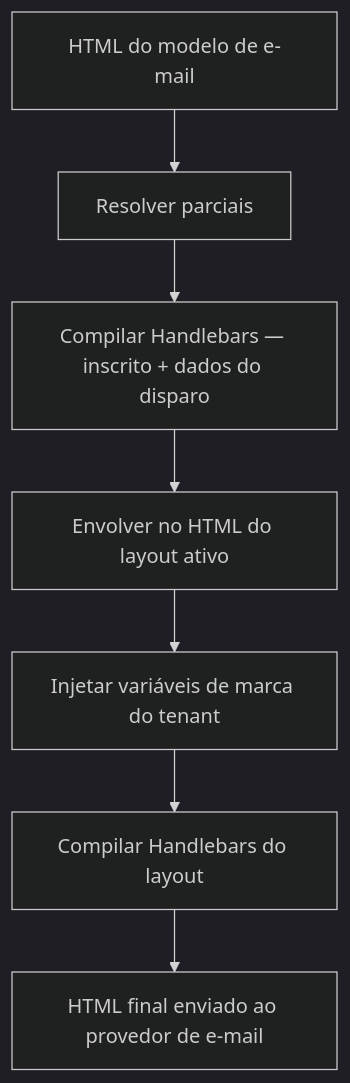
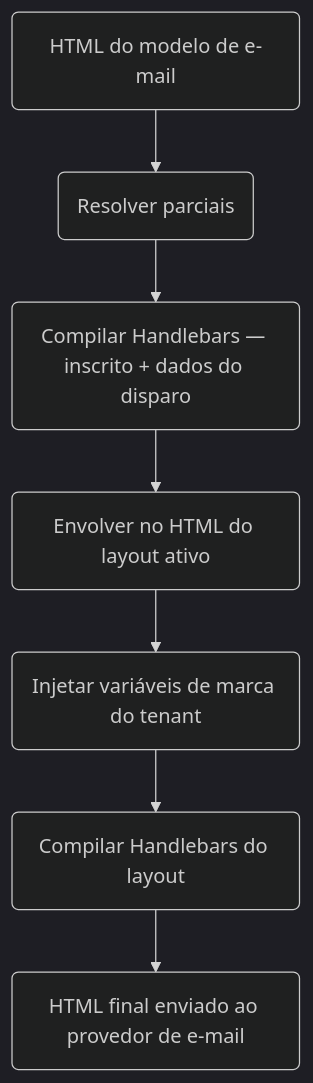
One commit to KriyanshKhunt/nexus_docs changed the diagram in content/docs/pt/platform/features/email-layouts.mdx. Above: the diagram before and after it, drawn with Mermaid (dark theme). The commit also changed 20 other files, not shown here.

Commit message:
Handle pt Mermaid charts

````diff
--- a/content/docs/pt/platform/features/email-layouts.mdx
+++ b/content/docs/pt/platform/features/email-layouts.mdx
@@ -79,9 +79,9 @@
 ```mermaid
 flowchart TD
-  T[HTML do modelo de e-mail] --> P[Resolver parciais]
-  P --> C[Compilar Handlebars — inscrito + dados do disparo]
-  C --> L[Envolver no HTML do layout ativo]
-  L --> B[Injetar variáveis de marca do tenant]
-  B --> H[Compilar Handlebars do layout]
-  H --> Out[HTML final enviado ao provedor de e-mail]
+  T(HTML do modelo de e-mail) --> P(Resolver parciais)
+  P --> C(Compilar Handlebars — inscrito + dados do disparo)
+  C --> L(Envolver no HTML do layout ativo)
+  L --> B(Injetar variáveis de marca do tenant)
+  B --> H(Compilar Handlebars do layout)
+  H --> Out(HTML final enviado ao provedor de e-mail)
 ```
````
